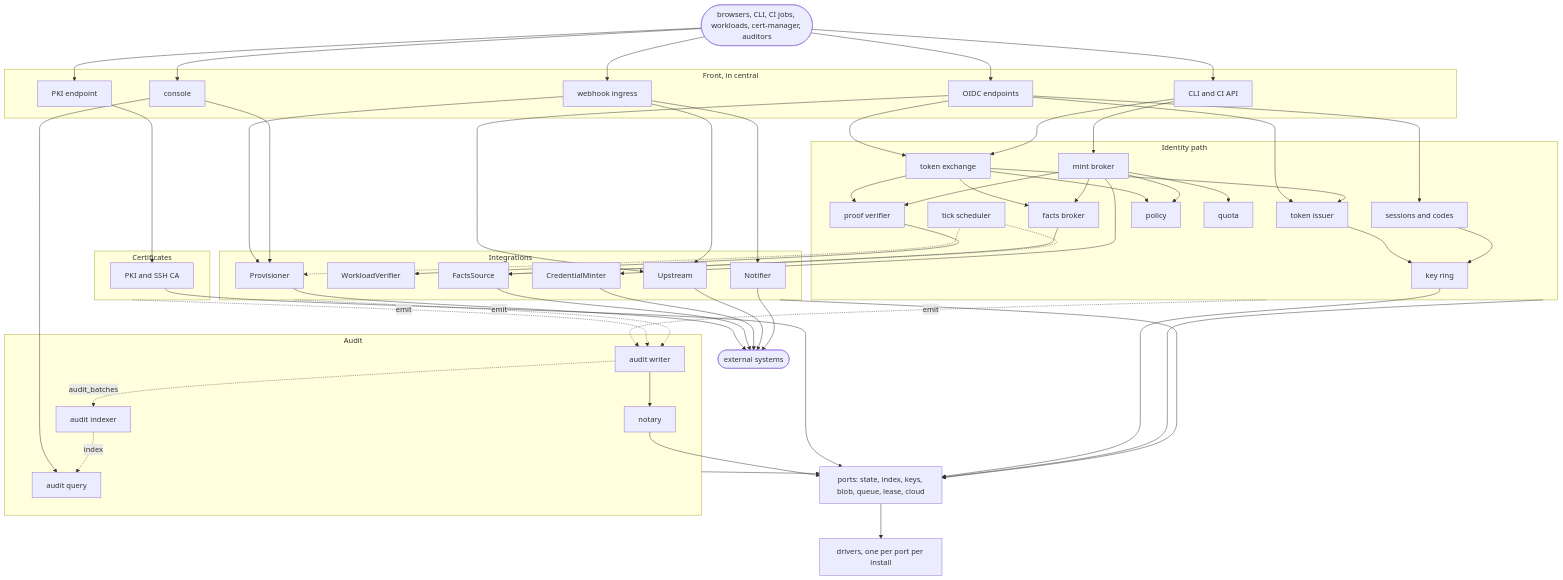
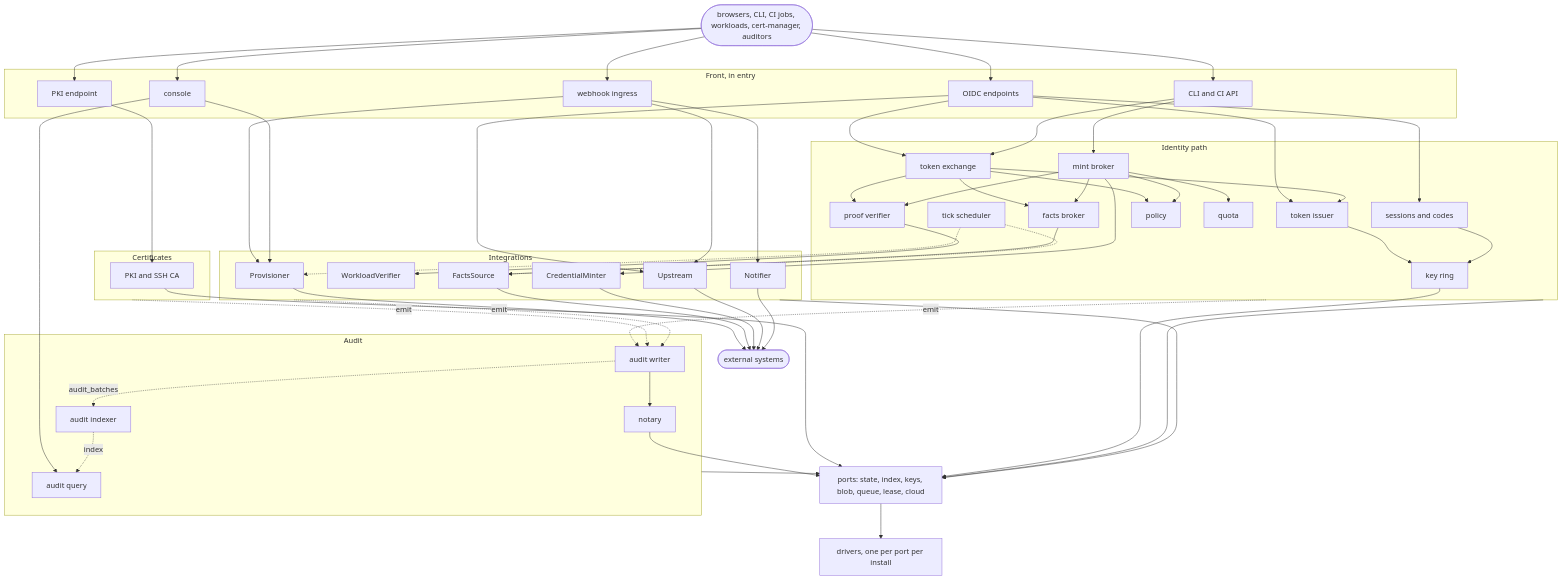
One commit to truvity/sluis changed the second of 2 diagrams in docs/architecture/components.md. Above: the diagram before and after it, drawn with Mermaid. The commit also changed other lines of this file and 26 other files, not shown here.

```diff
--- a/docs/architecture/components.md
+++ b/docs/architecture/components.md
@@ -126,7 +120,7 @@
 flowchart TB
   clients(["browsers, CLI, CI jobs, workloads, cert-manager, auditors"])
 
-  subgraph FRONT["Front, in central"]
+  subgraph FRONT["Front, in entry"]
     oidc["OIDC endpoints"]
     cli["CLI and CI API"]
     con["console"]
```
